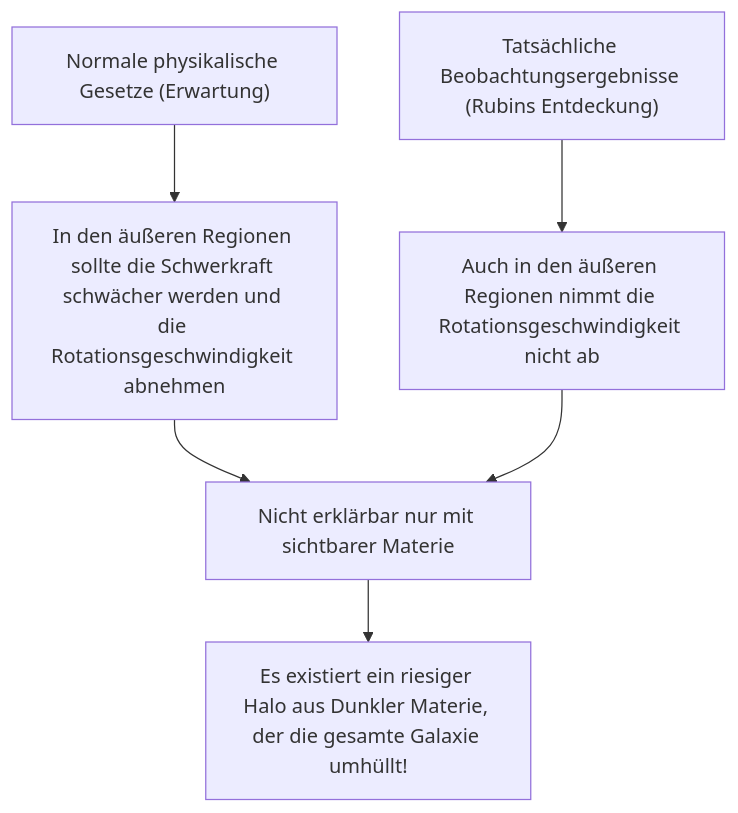
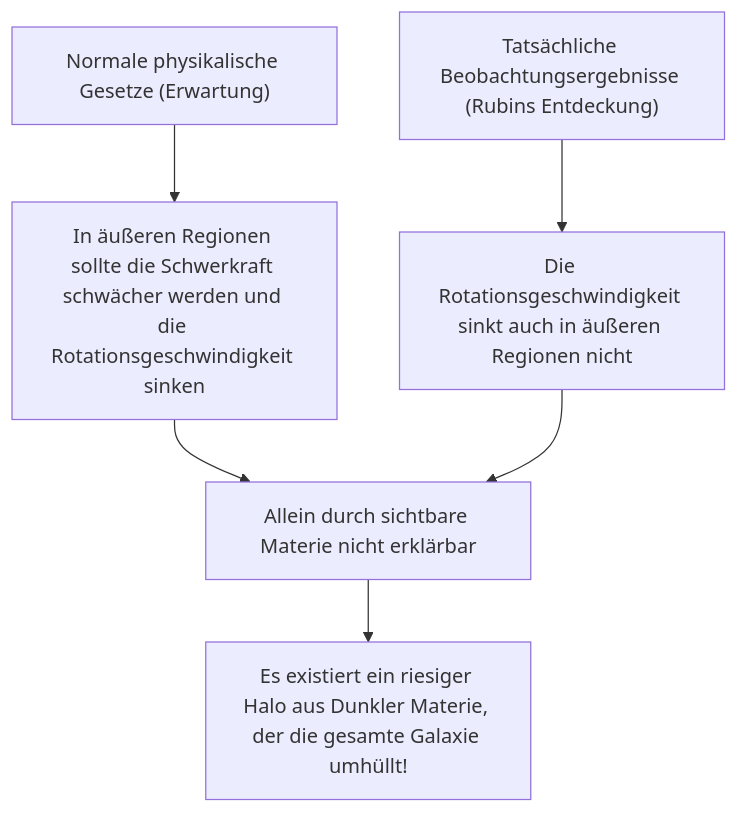
One commit to kenjinote/blog changed the first of 2 diagrams in content/post/dark-matter-dark-energy-mysteries/index.de.md. Above: the diagram before and after it, drawn with Mermaid. The commit also changed other lines of this file and 12 other files, not shown here.

````diff
--- a/content/post/dark-matter-dark-energy-mysteries/index.de.md
+++ b/content/post/dark-matter-dark-energy-mysteries/index.de.md
@@ -31,8 +31,8 @@
 ```mermaid
 graph TD
-    A["Normale physikalische Gesetze (Erwartung)"] --> B["In den äußeren Regionen sollte die Schwerkraft schwächer werden und die Rotationsgeschwindigkeit abnehmen"]
-    C["Tatsächliche Beobachtungsergebnisse (Rubins Entdeckung)"] --> D["Auch in den äußeren Regionen nimmt die Rotationsgeschwindigkeit nicht ab"]
-    B --> E["Nicht erklärbar nur mit sichtbarer Materie"]
+    A["Normale physikalische Gesetze (Erwartung)"] --> B["In äußeren Regionen sollte die Schwerkraft schwächer werden und die Rotationsgeschwindigkeit sinken"]
+    C["Tatsächliche Beobachtungsergebnisse (Rubins Entdeckung)"] --> D["Die Rotationsgeschwindigkeit sinkt auch in äußeren Regionen nicht"]
+    B --> E["Allein durch sichtbare Materie nicht erklärbar"]
     D --> E
     E --> F["Es existiert ein riesiger Halo aus Dunkler Materie, der die gesamte Galaxie umhüllt!"]
 ```
````
